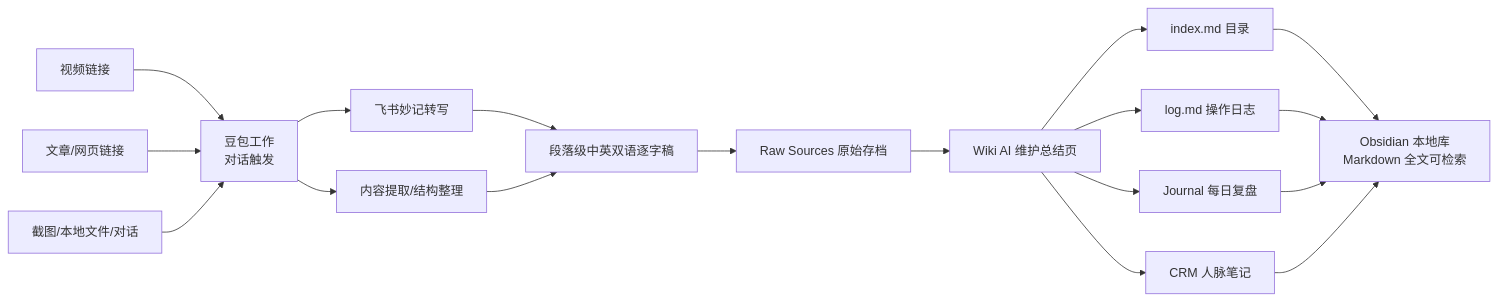
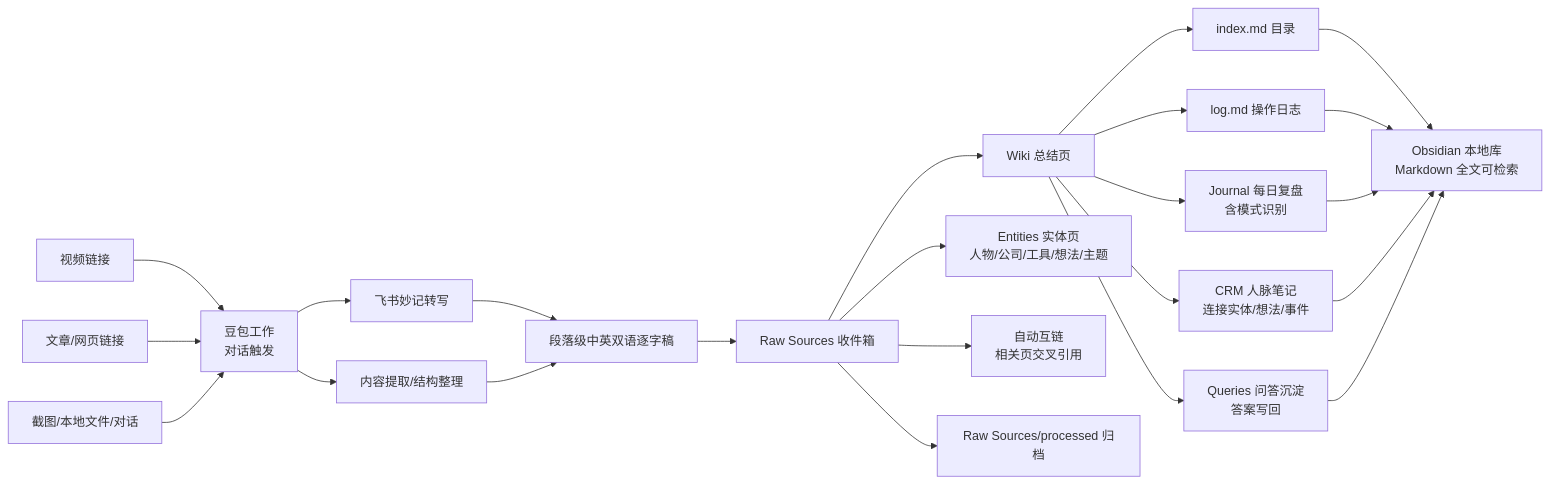
Before and after one commit to happyandlg123321-maker/obsidian-doubao-second-brain: the diagram in README.md, drawn with Mermaid. The commit also changed other lines of this file and 16 other files, not shown here.

````diff
--- a/README.md
+++ b/README.md
@@ -29,20 +22,25 @@
 ```mermaid
 flowchart LR
     A[视频链接] --> D[豆包工作<br>对话触发]
     B[文章/网页链接] --> D
     C[截图/本地文件/对话] --> D
     D --> E[飞书妙记转写]
     D --> F[内容提取/结构整理]
     E --> G[段落级中英双语逐字稿]
     F --> G
-    G --> H[Raw Sources 原始存档]
-    H --> I[Wiki AI 维护总结页]
-    I --> J[index.md 目录]
-    I --> K[log.md 操作日志]
-    I --> J2[Journal 每日复盘]
-    I --> C2[CRM 人脉笔记]
+    G --> H[Raw Sources 收件箱]
+    H --> I1[Wiki 总结页]
+    H --> I2[Entities 实体页<br>人物/公司/工具/想法/主题]
+    H --> I3[自动互链<br>相关页交叉引用]
+    I1 --> J[index.md 目录]
+    I1 --> K[log.md 操作日志]
+    H --> P[Raw Sources/processed 归档]
+    I1 --> J2[Journal 每日复盘<br>含模式识别]
+    I1 --> C2[CRM 人脉笔记<br>连接实体/想法/事件]
+    I1 --> Q2[Queries 问答沉淀<br>答案写回]
     J --> L[Obsidian 本地库<br>Markdown 全文可检索]
     K --> L
     J2 --> L
     C2 --> L
+    Q2 --> L
 ```
````
